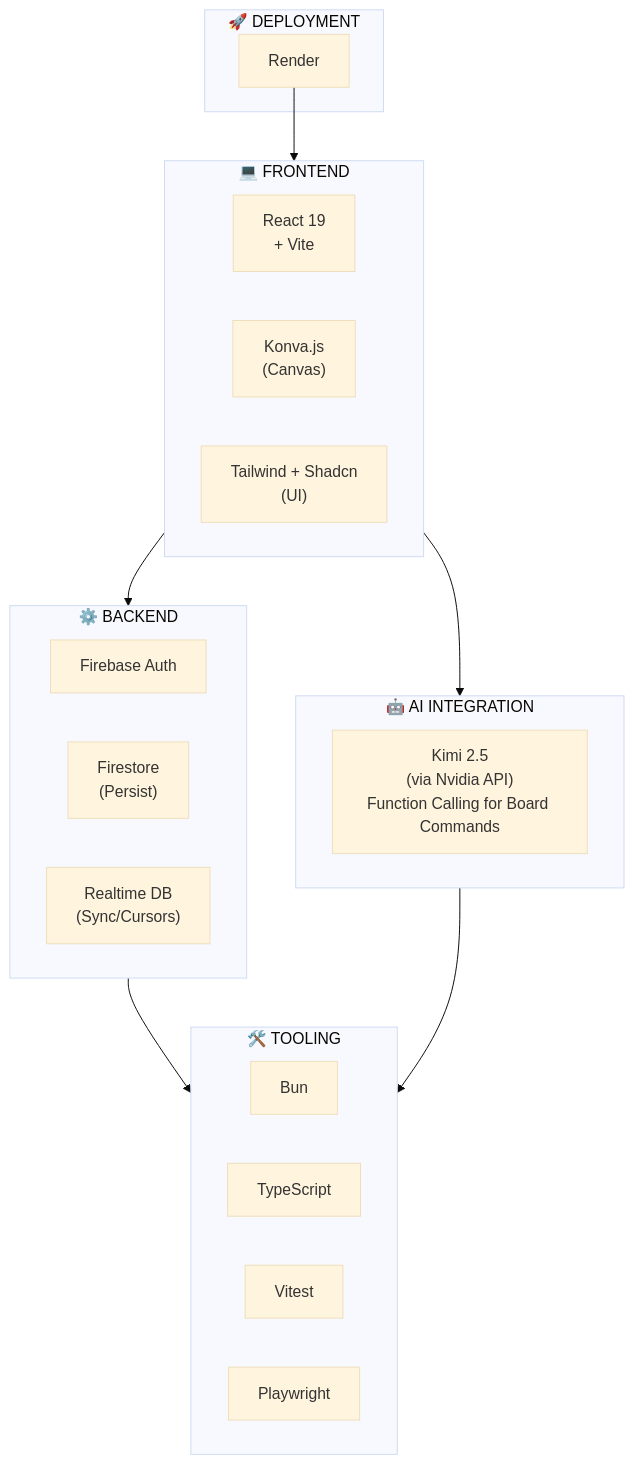
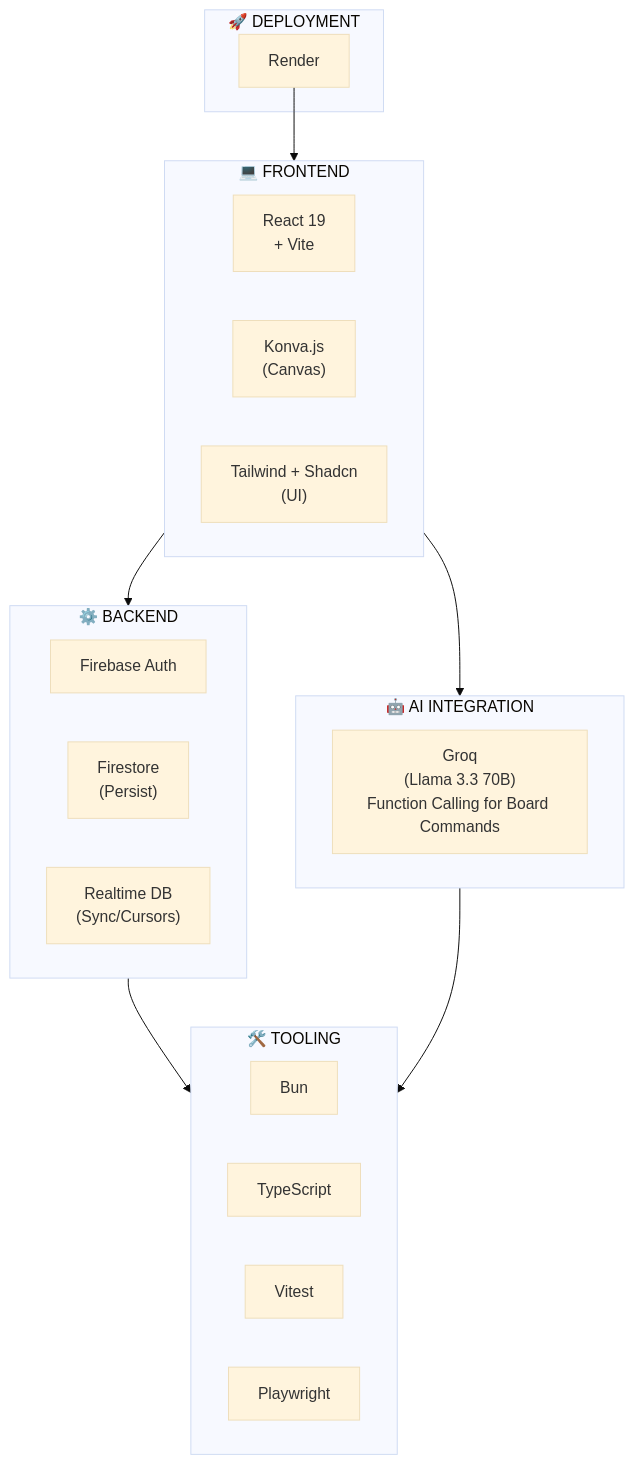
Before and after one commit to MichaelHabermas/gai-collab-board: the first of 3 diagrams in docs/guides/README.md, drawn with Mermaid (base theme). The commit also changed other lines of this file and 30 other files, not shown here.

````diff
--- a/docs/guides/README.md
+++ b/docs/guides/README.md
@@ -69,35 +69,35 @@
 ```mermaid
 graph TB
     subgraph Deployment["🚀 DEPLOYMENT"]
         Render["Render"]
     end
     
     subgraph Frontend["💻 FRONTEND"]
         React["React 19<br/>+ Vite"]
         Konva["Konva.js<br/>(Canvas)"]
         Tailwind["Tailwind + Shadcn<br/>(UI)"]
     end
     
     subgraph Backend["⚙️ BACKEND"]
         FirebaseAuth["Firebase Auth"]
         Firestore["Firestore<br/>(Persist)"]
         RealtimeDB["Realtime DB<br/>(Sync/Cursors)"]
     end
     
     subgraph AI["🤖 AI INTEGRATION"]
-        Kimi["Kimi 2.5<br/>(via Nvidia API)<br/>Function Calling for Board Commands"]
+        Groq["Groq<br/>(Llama 3.3 70B)<br/>Function Calling for Board Commands"]
     end
     
     subgraph Tooling["🛠️ TOOLING"]
         Bun["Bun"]
         TypeScript["TypeScript"]
         Vitest["Vitest"]
         Playwright["Playwright"]
     end
     
     Render --> Frontend
     Frontend --> Backend
     Frontend --> AI
     Backend --> Tooling
     AI --> Tooling
 ```
````
